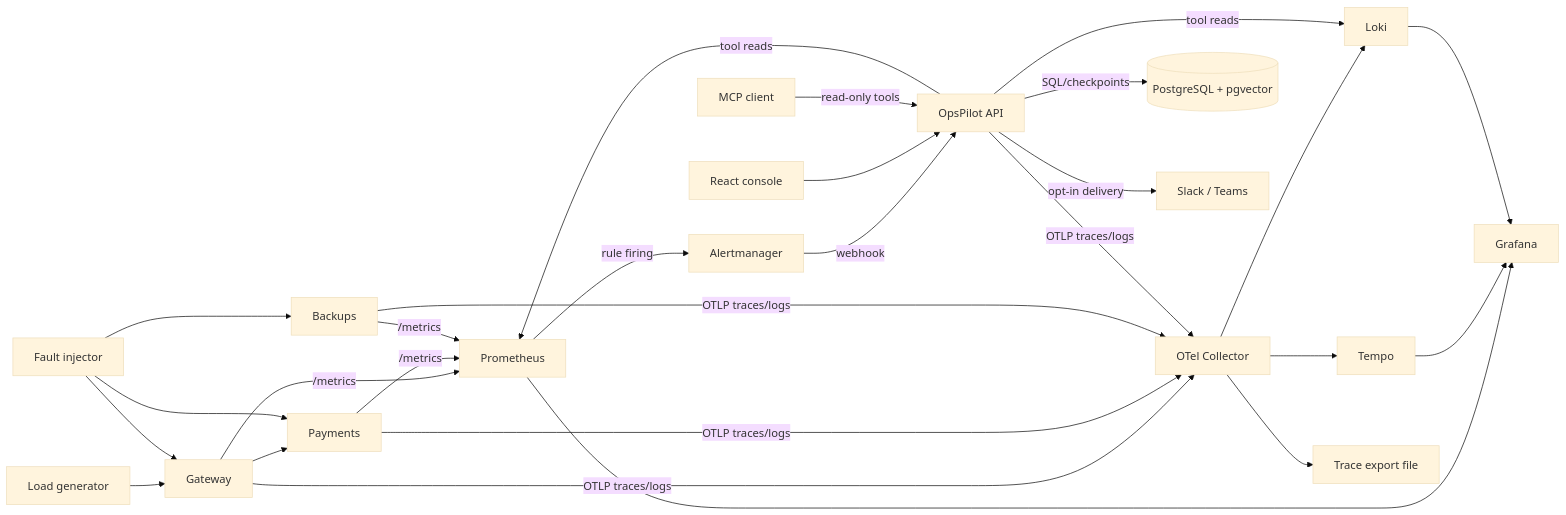
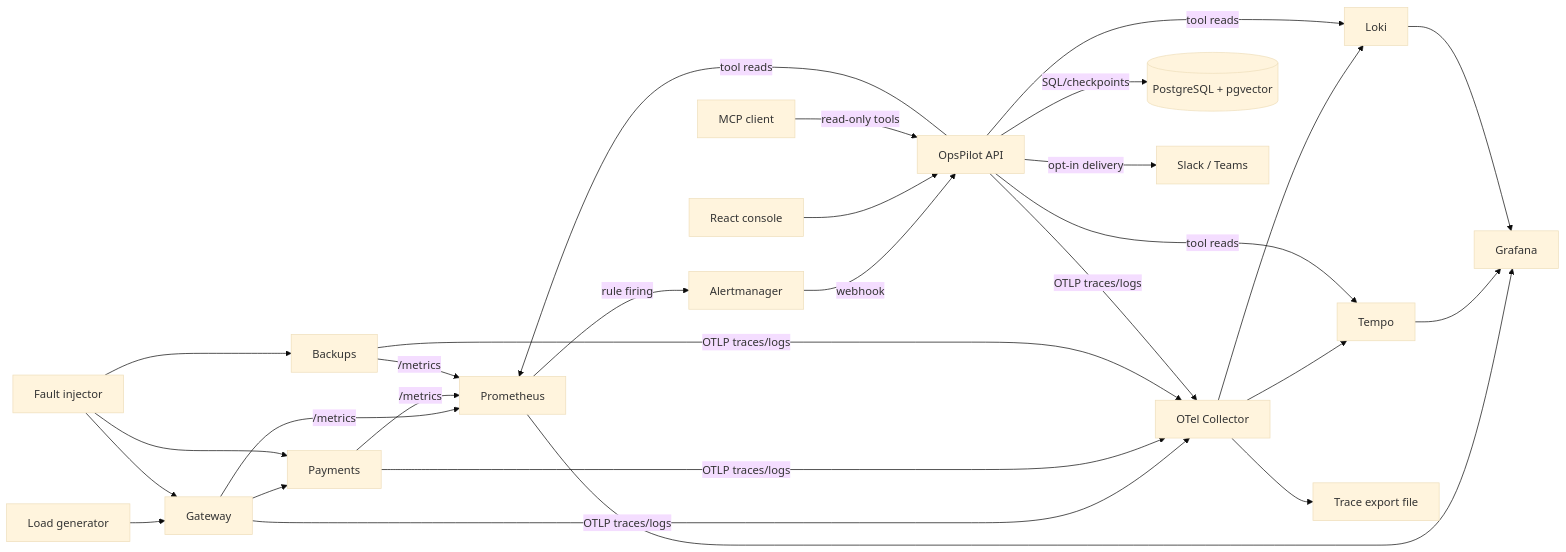
One commit to anir2212/opspilot changed the diagram in docs/ARCHITECTURE.md. Above: the diagram before and after it, drawn with Mermaid (base theme). The commit also changed other lines of this file and 19 other files, not shown here.

````diff
--- a/docs/ARCHITECTURE.md
+++ b/docs/ARCHITECTURE.md
@@ -7,19 +7,19 @@
 ```mermaid
 flowchart LR
   Load[Load generator] --> GW[Gateway] --> PAY[Payments]
   Inject[Fault injector] --> GW
   Inject --> PAY
   Inject --> BACK[Backups]
   GW & PAY & BACK -->|/metrics| PROM[Prometheus]
   PROM -->|rule firing| AM[Alertmanager] -->|webhook| API[OpsPilot API]
   GW & PAY & BACK & API -->|OTLP traces/logs| OTEL[OTel Collector]
   OTEL --> TEMPO[Tempo]
   OTEL --> LOKI[Loki]
   OTEL --> FILE[Trace export file]
-  API -->|tool reads| PROM & LOKI
+  API -->|tool reads| PROM & LOKI & TEMPO
   API -->|SQL/checkpoints| PG[(PostgreSQL + pgvector)]
   API -->|opt-in delivery| CHAT[Slack / Teams]
   WEB[React console] --> API
   MCP[MCP client] -->|read-only tools| API
   PROM & TEMPO & LOKI --> GRAF[Grafana]
 ```
````
